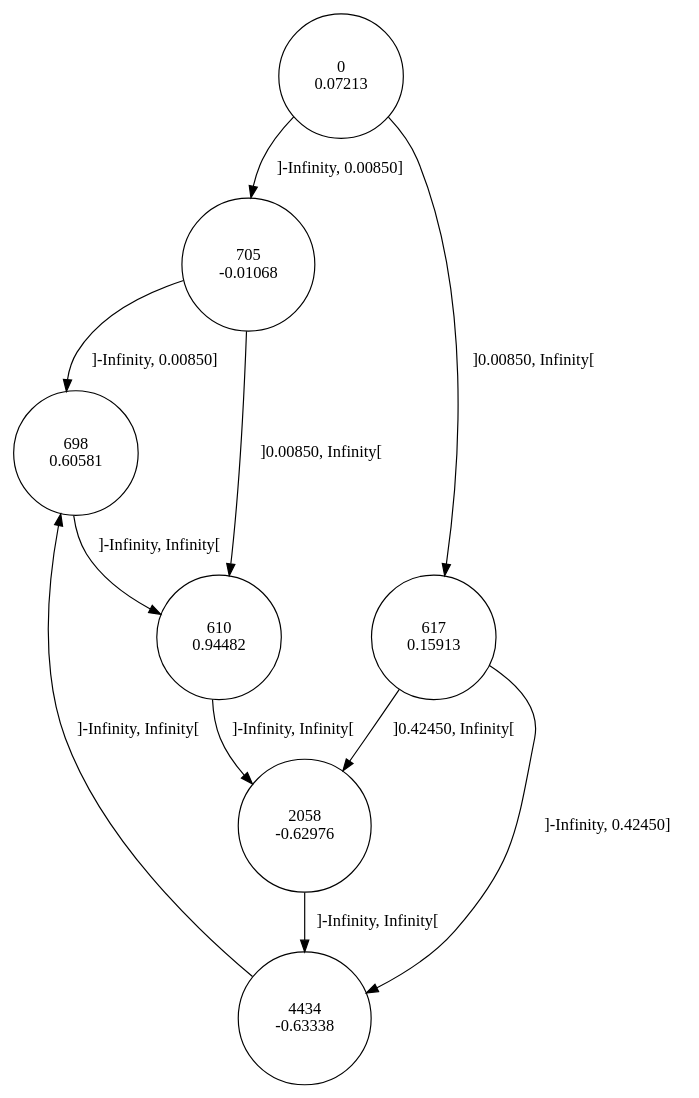
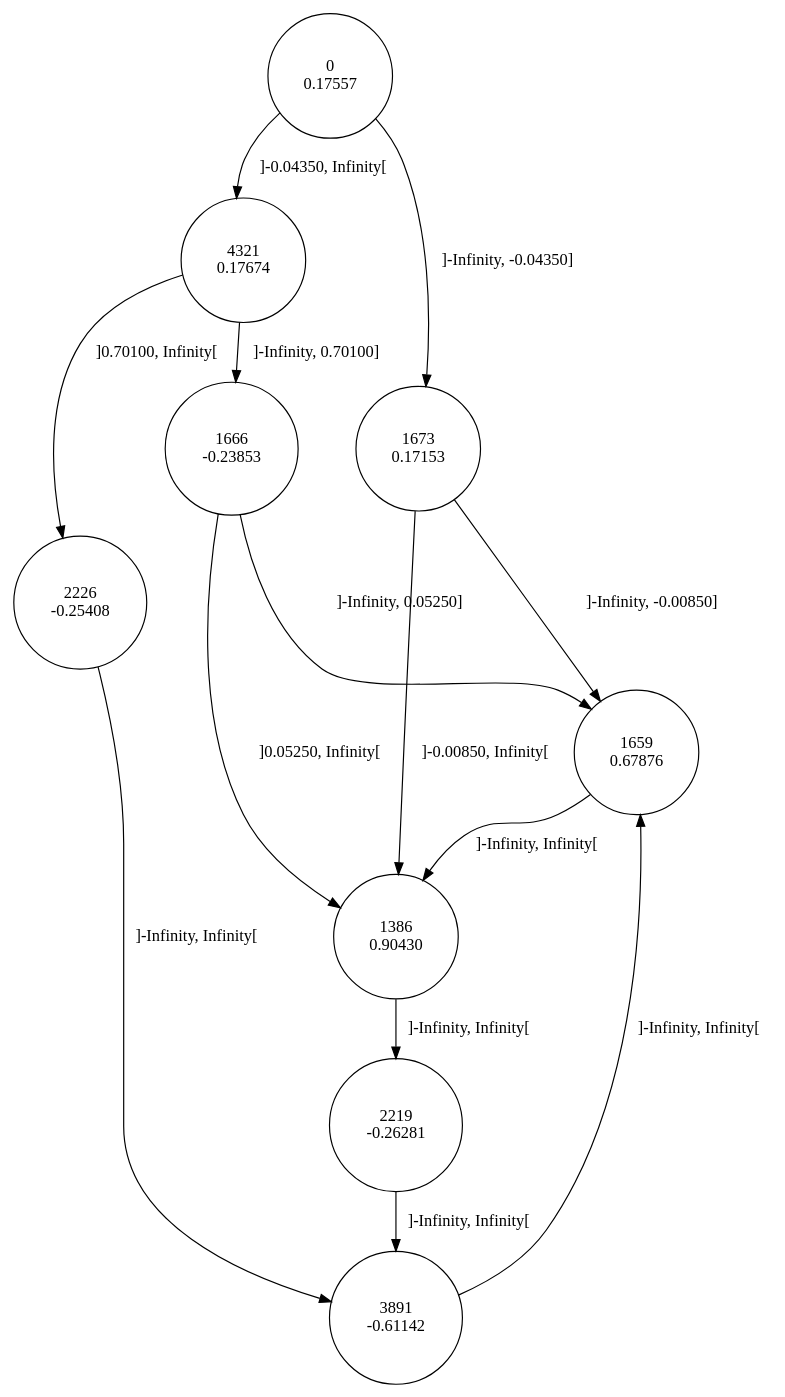
Before and after one commit to gllpellegrino/RAI_experiments: the diagram in distorced_sinus_2/data/8/rai.dot, drawn with Graphviz. The commit also changed 306 other files, not shown here.

```diff
--- a/distorced_sinus_2/data/8/rai.dot
+++ b/distorced_sinus_2/data/8/rai.dot
@@ -1,19 +1,24 @@
 digraph DFA {
-0 [shape=circle, label="0\n0.07213"];
-	0 -> 705 [label="]-Infinity, 0.00850]"];
-	0 -> 617 [label="]0.00850, Infinity["];
-617 [shape=circle, label="617\n0.15913"];
-	617 -> 4434 [label="]-Infinity, 0.42450]"];
-	617 -> 2058 [label="]0.42450, Infinity["];
-2058 [shape=circle, label="2058\n-0.62976"];
-	2058 -> 4434 [label="]-Infinity, Infinity["];
-4434 [shape=circle, label="4434\n-0.63338"];
-	4434 -> 698 [label="]-Infinity, Infinity["];
-698 [shape=circle, label="698\n0.60581"];
-	698 -> 610 [label="]-Infinity, Infinity["];
-610 [shape=circle, label="610\n0.94482"];
-	610 -> 2058 [label="]-Infinity, Infinity["];
-705 [shape=circle, label="705\n-0.01068"];
-	705 -> 698 [label="]-Infinity, 0.00850]"];
-	705 -> 610 [label="]0.00850, Infinity["];
+0 [shape=circle, label="0\n0.17557"];
+	0 -> 1673 [label="]-Infinity, -0.04350]"];
+	0 -> 4321 [label="]-0.04350, Infinity["];
+4321 [shape=circle, label="4321\n0.17674"];
+	4321 -> 1666 [label="]-Infinity, 0.70100]"];
+	4321 -> 2226 [label="]0.70100, Infinity["];
+2226 [shape=circle, label="2226\n-0.25408"];
+	2226 -> 3891 [label="]-Infinity, Infinity["];
+3891 [shape=circle, label="3891\n-0.61142"];
+	3891 -> 1659 [label="]-Infinity, Infinity["];
+1659 [shape=circle, label="1659\n0.67876"];
+	1659 -> 1386 [label="]-Infinity, Infinity["];
+1386 [shape=circle, label="1386\n0.90430"];
+	1386 -> 2219 [label="]-Infinity, Infinity["];
+2219 [shape=circle, label="2219\n-0.26281"];
+	2219 -> 3891 [label="]-Infinity, Infinity["];
+1666 [shape=circle, label="1666\n-0.23853"];
+	1666 -> 1659 [label="]-Infinity, 0.05250]"];
+	1666 -> 1386 [label="]0.05250, Infinity["];
+1673 [shape=circle, label="1673\n0.17153"];
+	1673 -> 1659 [label="]-Infinity, -0.00850]"];
+	1673 -> 1386 [label="]-0.00850, Infinity["];
 }
```
